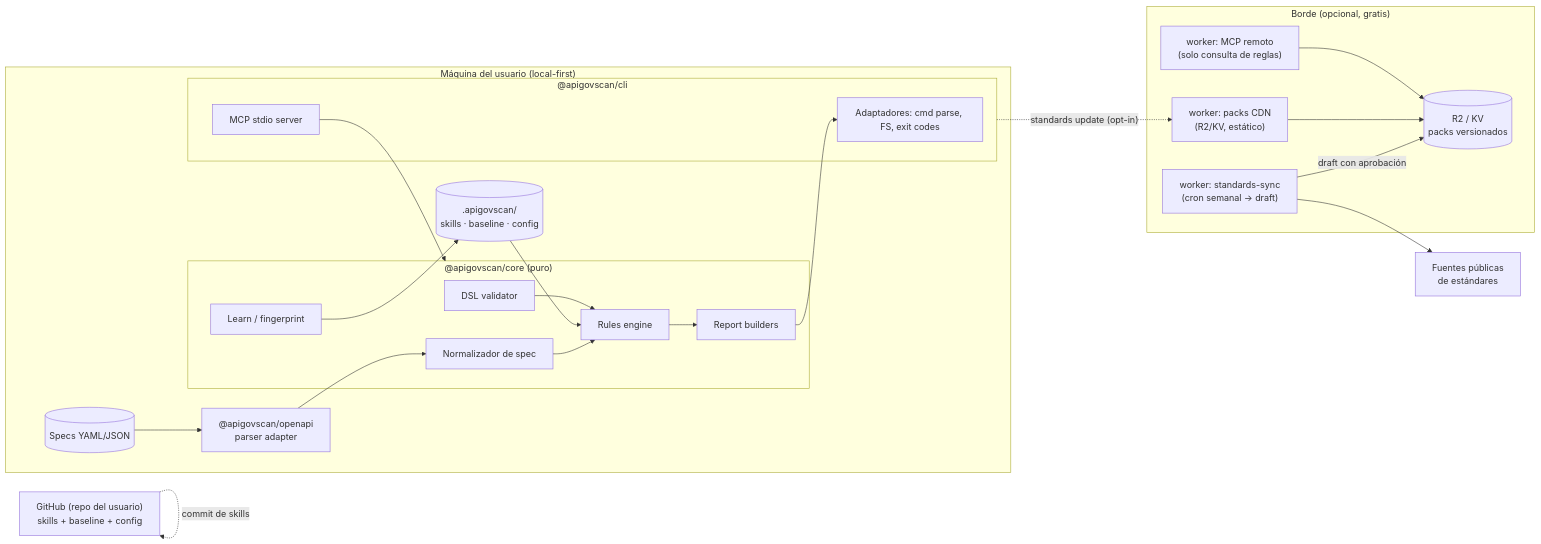
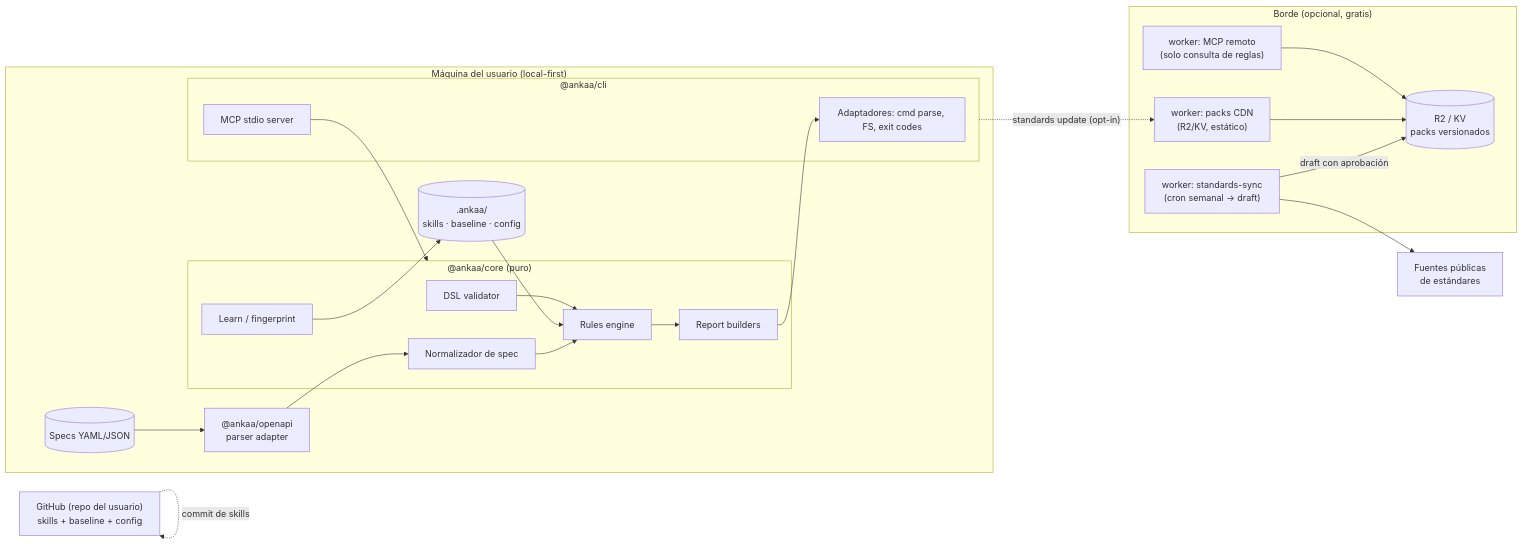
The second of 4 diagrams in docs/02-arquitectura.md (fedesauzzadev/Ankaa), drawn with Mermaid before and after one commit. The commit also changed other lines of this file and 23 other files, not shown here.

````diff
--- a/docs/02-arquitectura.md
+++ b/docs/02-arquitectura.md
@@ -45,43 +45,43 @@
 ```mermaid
 flowchart LR
     subgraph MÁQUINA_USUARIO["Máquina del usuario (local-first)"]
-        subgraph CLI["@apigovscan/cli"]
+        subgraph CLI["@ankaa/cli"]
             ADAPTER["Adaptadores: cmd parse, FS, exit codes"]
             MCPSTD["MCP stdio server"]
         end
-        subgraph CORE["@apigovscan/core (puro)"]
+        subgraph CORE["@ankaa/core (puro)"]
             NORM["Normalizador de spec"]
             ENGINE["Rules engine"]
             DSL["DSL validator"]
             LEARN["Learn / fingerprint"]
             RP["Report builders"]
         end
-        OAPI["@apigovscan/openapi<br/>parser adapter"]
-        SKILLS[(".apigovscan/<br/>skills · baseline · config")]
+        OAPI["@ankaa/openapi<br/>parser adapter"]
+        SKILLS[(".ankaa/<br/>skills · baseline · config")]
         SPECS[("Specs YAML/JSON")]
     end
 
     subgraph BORDE["Borde (opcional, gratis)"]
         W1["worker: standards-sync<br/>(cron semanal → draft)"]
         W2["worker: packs CDN<br/>(R2/KV, estático)"]
         W3["worker: MCP remoto<br/>(solo consulta de reglas)"]
         R2[("R2 / KV<br/>packs versionados")]
     end
 
     FUENTES["Fuentes públicas<br/>de estándares"]
     GH["GitHub (repo del usuario)<br/>skills + baseline + config"]
 
     SPECS --> OAPI --> NORM --> ENGINE --> RP
     SKILLS --> ENGINE
     DSL --> ENGINE
     LEARN --> SKILLS
     RP --> ADAPTER
     MCPSTD --> CORE
 
     W1 --> FUENTES
     W1 -->|"draft con aprobación"| R2
     W2 --> R2
     W3 --> R2
     CLI -. "standards update (opt-in)" .-> W2
     GH -. "commit de skills" .-> GH
 ```
````
